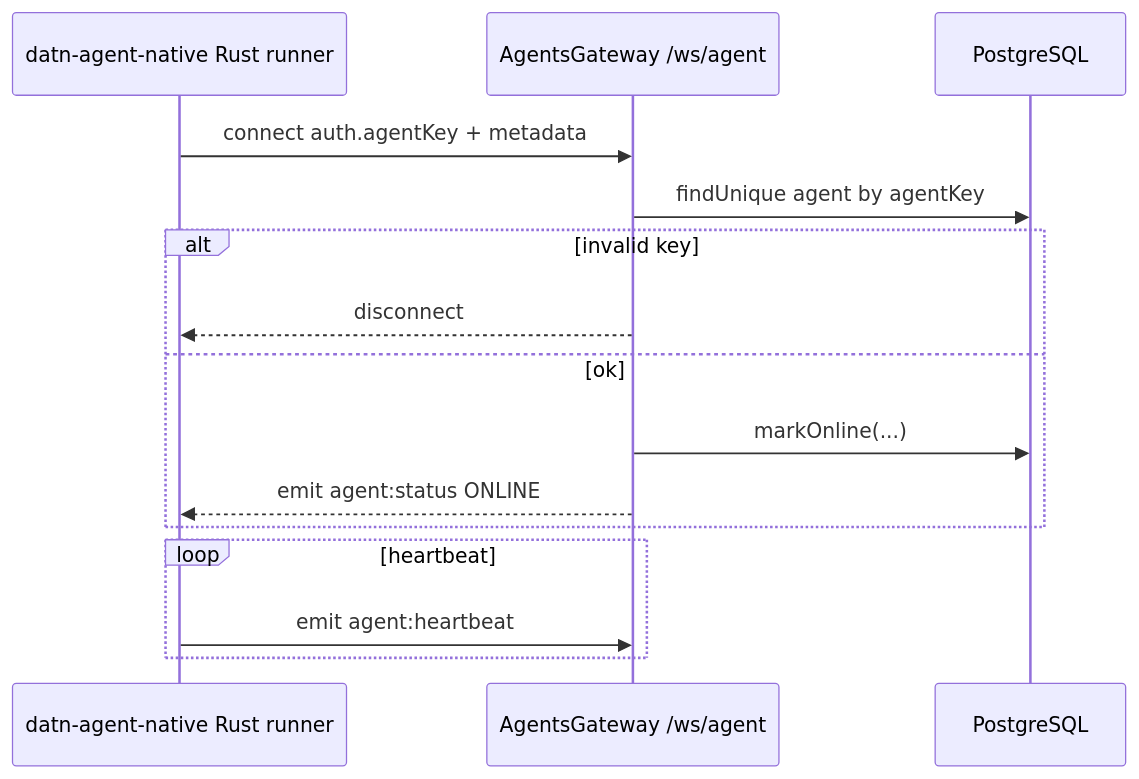
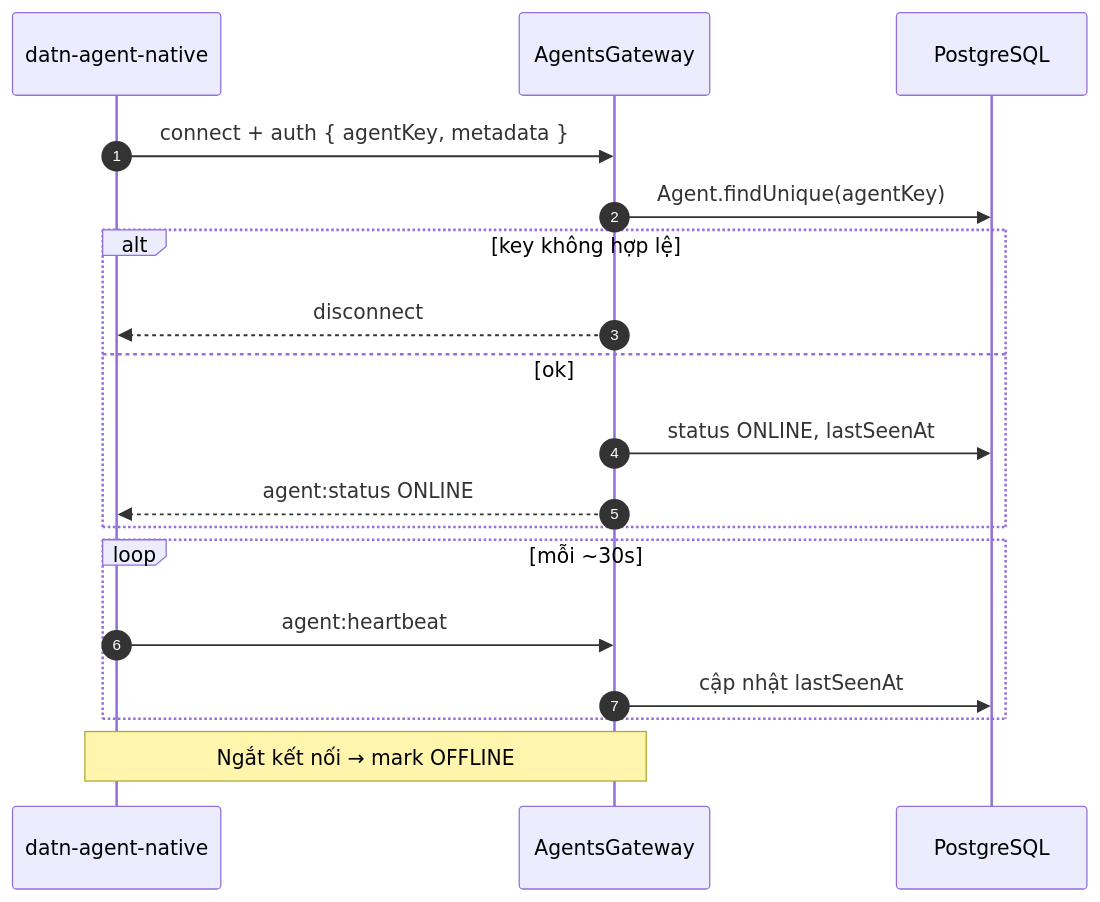
One commit to Daviseraaa/tdoan_remote_datn changed the second of 12 diagrams in docs/project-memory/flows.md. Above: the diagram before and after it, drawn with Mermaid. The commit also changed other lines of this file and 2003 other files, not shown here.

````diff
--- a/docs/project-memory/flows.md
+++ b/docs/project-memory/flows.md
@@ -28,19 +55,23 @@
 ```mermaid
 sequenceDiagram
-  participant A as datn-agent-native Rust runner
-  participant GW as AgentsGateway /ws/agent
+  autonumber
+  participant A as datn-agent-native
+  participant GW as AgentsGateway
   participant DB as PostgreSQL
 
-  A->>GW: connect auth.agentKey + metadata
-  GW->>DB: findUnique agent by agentKey
-  alt invalid key
+  A->>GW: connect + auth { agentKey, metadata }
+  GW->>DB: Agent.findUnique(agentKey)
+  alt key không hợp lệ
     GW-->>A: disconnect
   else ok
-    GW->>DB: markOnline(...)
-    GW-->>A: emit agent:status ONLINE
+    GW->>DB: status ONLINE, lastSeenAt
+    GW-->>A: agent:status ONLINE
   end
 
-  loop heartbeat
-    A->>GW: emit agent:heartbeat
+  loop mỗi ~30s
+    A->>GW: agent:heartbeat
+    GW->>DB: cập nhật lastSeenAt
   end
+
+  Note over A,GW: Ngắt kết nối → mark OFFLINE
 ```
````
